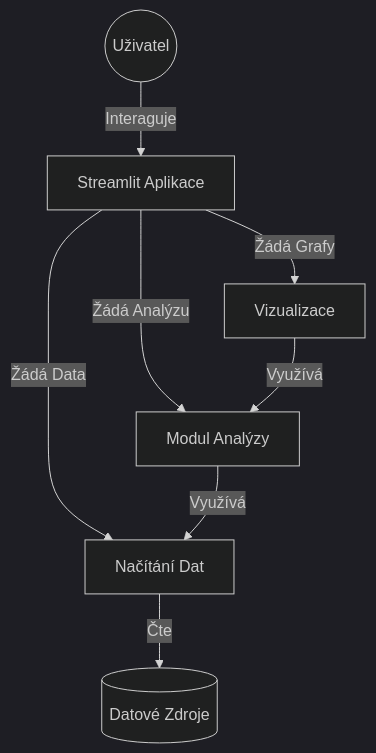
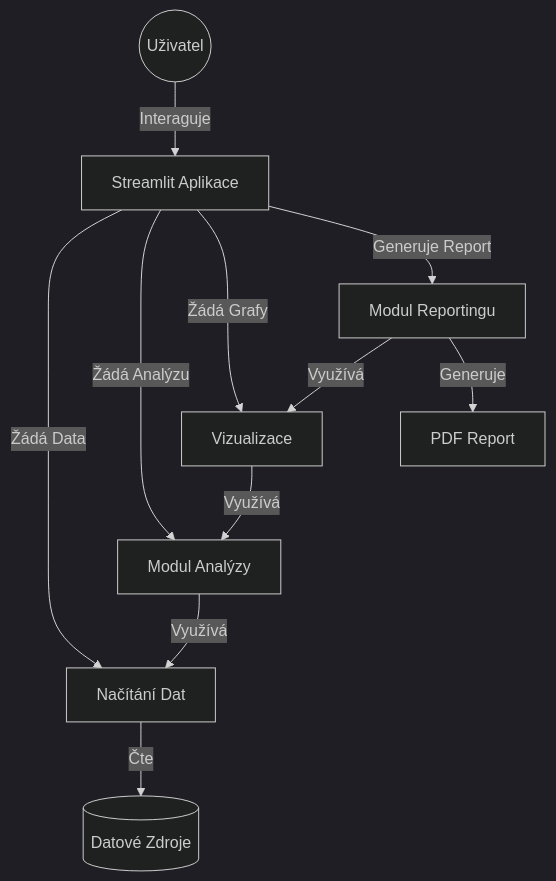
The diagram in README-CZ.md (kraken77/fveAnalyzator), drawn with Mermaid (dark theme) before and after one commit. The commit also changed other lines of this file and 7 other files, not shown here.

````diff
--- a/README-CZ.md
+++ b/README-CZ.md
@@ -46,17 +48,22 @@
 ```mermaid
 graph TD
     User((Uživatel))
     Streamlit[Streamlit Aplikace]
     Analyzer[Modul Analýzy]
     DataLoader[Načítání Dat]
     Visualizer[Vizualizace]
+    Reporter[Modul Reportingu]
     Data[(Datové Zdroje)]
+    PDF[PDF Report]
 
     User -->|Interaguje| Streamlit
     Streamlit -->|Žádá Data| DataLoader
     Streamlit -->|Žádá Analýzu| Analyzer
     Streamlit -->|Žádá Grafy| Visualizer
+    Streamlit -->|Generuje Report| Reporter
     DataLoader -->|Čte| Data
     Analyzer -->|Využívá| DataLoader
     Visualizer -->|Využívá| Analyzer
+    Reporter -->|Využívá| Visualizer
+    Reporter -->|Generuje| PDF
 ```
````
